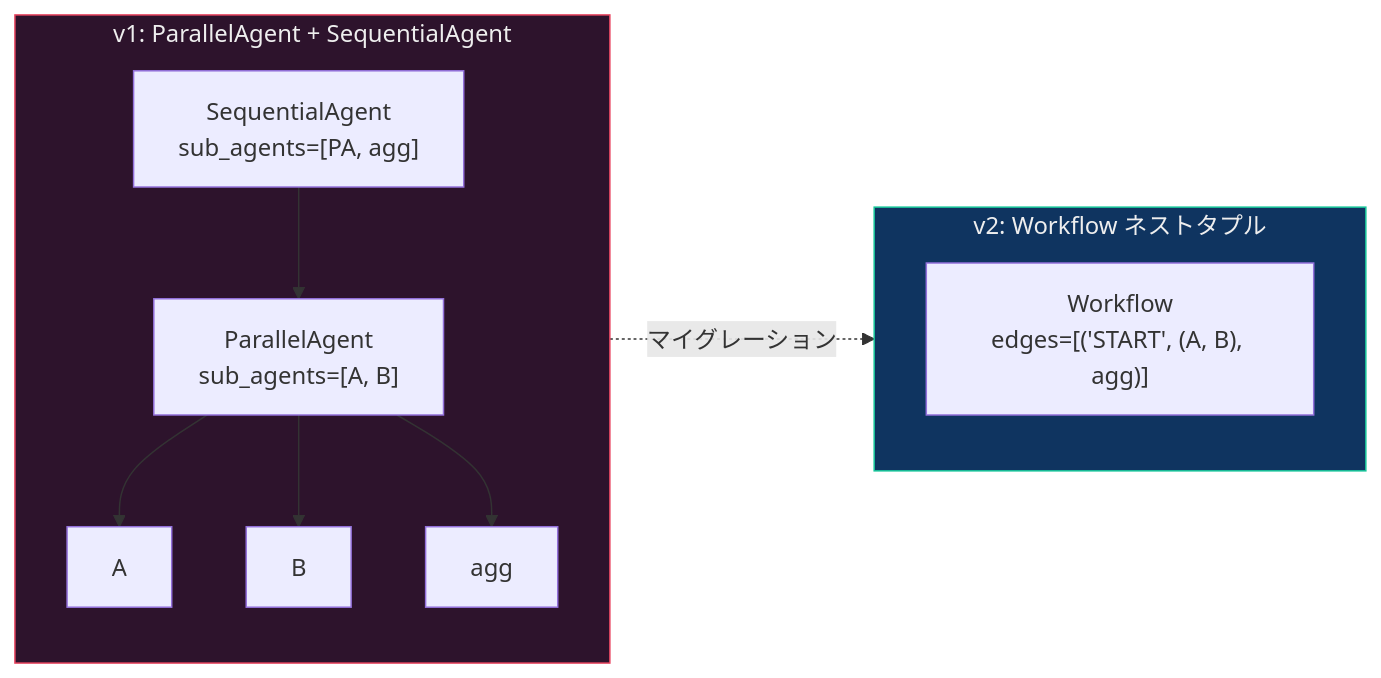
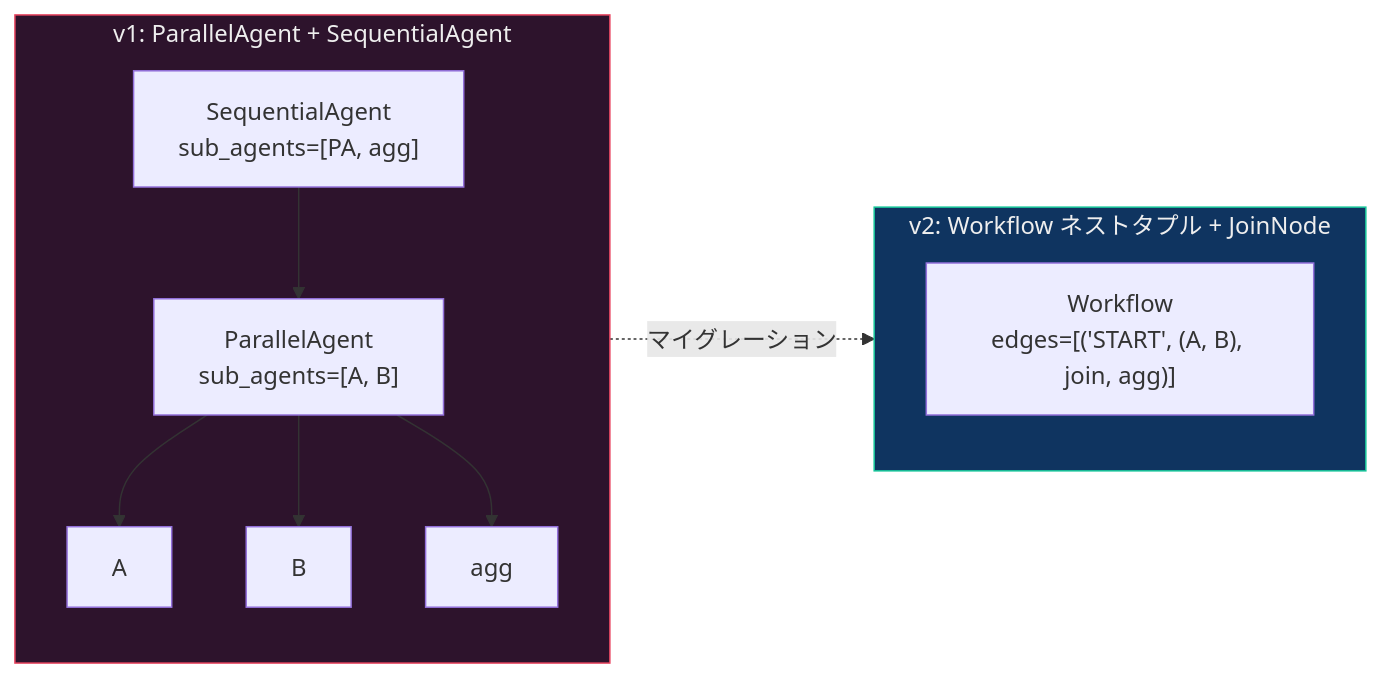
The fifth of 8 diagrams in docs/v1-to-v2-migration-guide.md (tyorikan/agent-design-patterns), drawn with Mermaid before and after one commit. The commit also changed other lines of this file and 15 other files, not shown here.

````diff
--- a/docs/v1-to-v2-migration-guide.md
+++ b/docs/v1-to-v2-migration-guide.md
@@ -237,15 +240,15 @@
 ```mermaid
 graph LR
     subgraph before["v1: ParallelAgent + SequentialAgent"]
         PA["ParallelAgent<br/>sub_agents=[A, B]"] --> A2[A]
         PA --> B2[B]
         SEQ["SequentialAgent<br/>sub_agents=[PA, agg]"] --> PA --> AGG1[agg]
     end
-    subgraph after["v2: Workflow ネストタプル"]
-        WF2["Workflow<br/>edges=[('START', (A, B), agg)]"]
+    subgraph after["v2: Workflow ネストタプル + JoinNode"]
+        WF2["Workflow<br/>edges=[('START', (A, B), join, agg)]"]
     end
     before -.->|マイグレーション| after
 
     style before fill:#2d132c,stroke:#e94560,color:#eee
     style after fill:#0f3460,stroke:#16c79a,color:#eee
 ```
````
